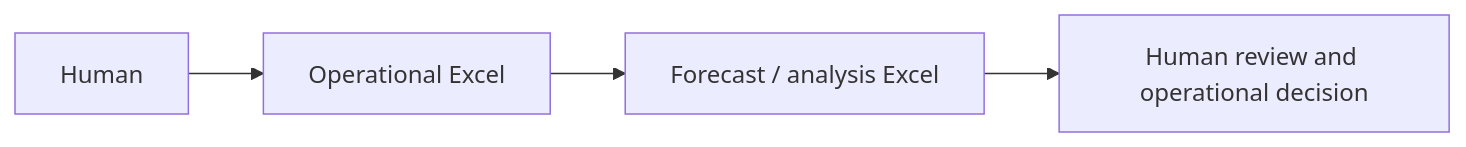
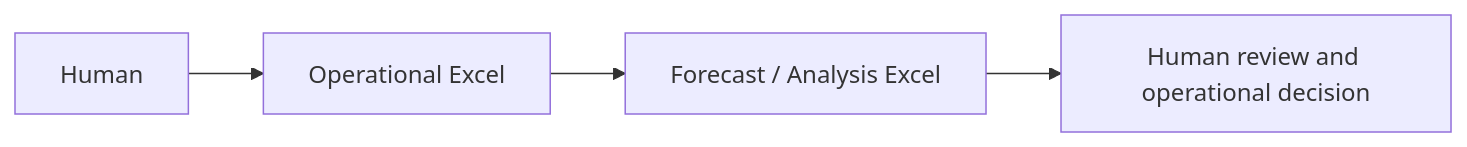
The first of 3 diagrams in docs/project-history.md (perry-is/operations-forecasting-system), drawn with Mermaid before and after one commit. The commit also changed other lines of this file and 23 other files, not shown here.

````diff
--- a/docs/project-history.md
+++ b/docs/project-history.md
@@ -7,6 +18,6 @@
 ```mermaid
 flowchart LR
     H[Human] --> O[Operational Excel]
-    O --> F[Forecast / analysis Excel]
+    O --> F[Forecast / Analysis Excel]
     F --> D[Human review and operational decision]
 ```
````
